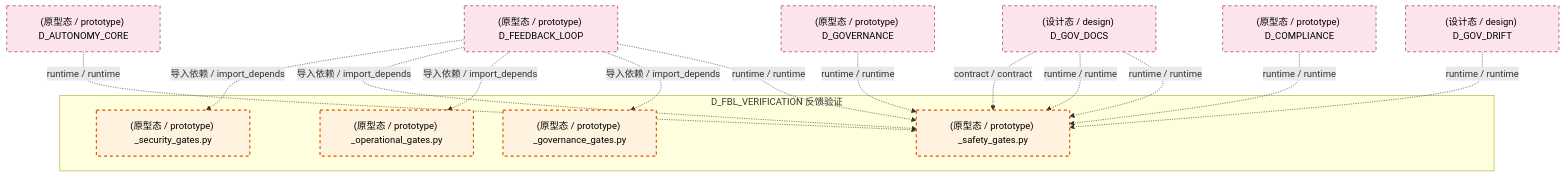
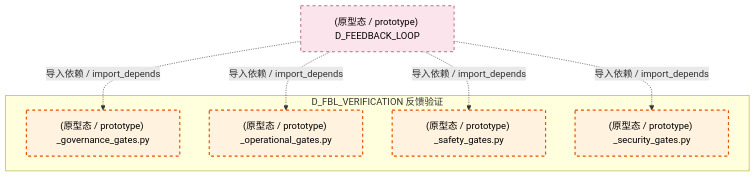
One commit to xuanFelixVan/ZephyrAlpha changed the fourth of 5 diagrams in docs/02_enterprise_architecture/02_domain_architecture_docs/13_d_fbl_verification.md. Above: the diagram before and after it, drawn with Mermaid. The commit also changed other lines of this file and 124 other files, not shown here.

````diff
--- a/docs/02_enterprise_architecture/02_domain_architecture_docs/13_d_fbl_verification.md
+++ b/docs/02_enterprise_architecture/02_domain_architecture_docs/13_d_fbl_verification.md
@@ -340,33 +334,20 @@
 ```mermaid
 graph TD
     subgraph D_FBL_VERIFICATION["D_FBL_VERIFICATION 反馈验证"]
         src_zephyr_feedback_loop_gates_governance_gates_py["(原型态 / prototype) _governance_gates.py"]
         src_zephyr_feedback_loop_gates_operational_gates_py["(原型态 / prototype) _operational_gates.py"]
         src_zephyr_feedback_loop_gates_safety_gates_py["(原型态 / prototype) _safety_gates.py"]
         src_zephyr_feedback_loop_gates_security_gates_py["(原型态 / prototype) _security_gates.py"]
     end
     D_FEEDBACK_LOOP["(原型态 / prototype) D_FEEDBACK_LOOP"]
-    D_FEEDBACK_LOOP -.->|runtime / runtime| src_zephyr_feedback_loop_gates_safety_gates_py
-    D_GOV_DOCS["(设计态 / design) D_GOV_DOCS"]
-    D_GOV_DOCS -.->|runtime / runtime| src_zephyr_feedback_loop_gates_safety_gates_py
-    D_GOV_DRIFT["(设计态 / design) D_GOV_DRIFT"]
-    D_GOV_DRIFT -.->|runtime / runtime| src_zephyr_feedback_loop_gates_safety_gates_py
-    D_COMPLIANCE["(原型态 / prototype) D_COMPLIANCE"]
-    D_COMPLIANCE -.->|runtime / runtime| src_zephyr_feedback_loop_gates_safety_gates_py
-    D_GOVERNANCE["(原型态 / prototype) D_GOVERNANCE"]
-    D_GOVERNANCE -.->|runtime / runtime| src_zephyr_feedback_loop_gates_safety_gates_py
-    D_GOV_DOCS -.->|runtime / runtime| src_zephyr_feedback_loop_gates_safety_gates_py
-    D_GOV_DOCS -.->|contract / contract| src_zephyr_feedback_loop_gates_safety_gates_py
-    D_AUTONOMY_CORE["(原型态 / prototype) D_AUTONOMY_CORE"]
-    D_AUTONOMY_CORE -.->|runtime / runtime| src_zephyr_feedback_loop_gates_safety_gates_py
     D_FEEDBACK_LOOP -.->|导入依赖 / import_depends| src_zephyr_feedback_loop_gates_governance_gates_py
     D_FEEDBACK_LOOP -.->|导入依赖 / import_depends| src_zephyr_feedback_loop_gates_operational_gates_py
     D_FEEDBACK_LOOP -.->|导入依赖 / import_depends| src_zephyr_feedback_loop_gates_safety_gates_py
     D_FEEDBACK_LOOP -.->|导入依赖 / import_depends| src_zephyr_feedback_loop_gates_security_gates_py
     classDef production fill:#e1f5fe,stroke:#01579b,stroke-width:2px,color:#000
     classDef design fill:#fff3e0,stroke:#e65100,stroke-width:2px,color:#000,stroke-dasharray: 5 5
     classDef external_prod fill:#e8f5e9,stroke:#1b5e20,stroke-width:1px,color:#000
     classDef external_design fill:#fce4ec,stroke:#880e4f,stroke-width:1px,color:#000,stroke-dasharray: 5 5
     class src_zephyr_feedback_loop_gates_governance_gates_py,src_zephyr_feedback_loop_gates_operational_gates_py,src_zephyr_feedback_loop_gates_safety_gates_py,src_zephyr_feedback_loop_gates_security_gates_py design
-    class D_FEEDBACK_LOOP,D_GOV_DOCS,D_GOV_DRIFT,D_COMPLIANCE,D_GOVERNANCE,D_AUTONOMY_CORE external_design
+    class D_FEEDBACK_LOOP external_design
 ```
````
